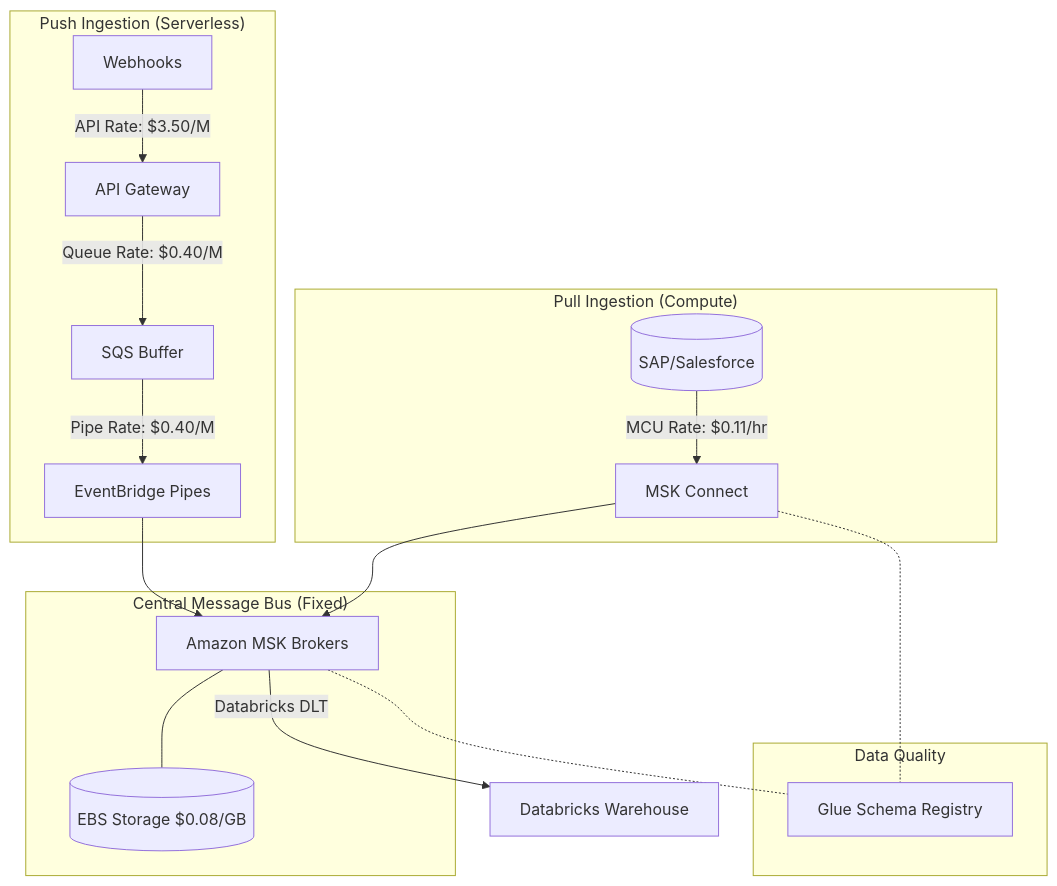
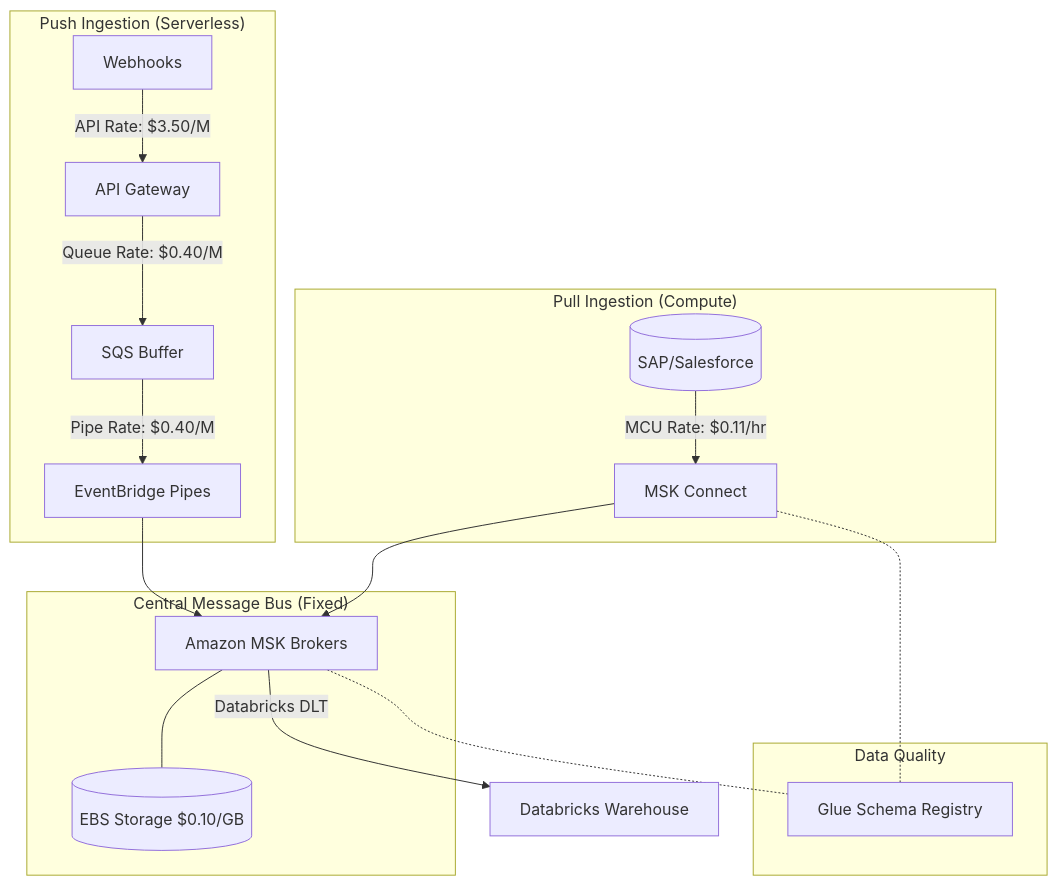
One commit to toanbui626391/data_architect changed the diagram in aws/msk_quantitative_architecture.md. Above: the diagram before and after it, drawn with Mermaid. The commit also changed other lines of this file and 1 other file, not shown here.

Commit message:
update msk quantitative

````diff
--- a/aws/msk_quantitative_architecture.md
+++ b/aws/msk_quantitative_architecture.md
@@ -200,26 +204,26 @@
 ```mermaid
 graph TD
     subgraph "Push Ingestion (Serverless)"
         WH[Webhooks] -->|API Rate: $3.50/M| API[API Gateway]
         API -->|Queue Rate: $0.40/M| SQS[SQS Buffer]
         SQS -->|Pipe Rate: $0.40/M| PIPE[EventBridge Pipes]
     end
 
     subgraph "Pull Ingestion (Compute)"
         DB[(SAP/Salesforce)] -->|MCU Rate: $0.11/hr| CONN[MSK Connect]
     end
 
     subgraph "Central Message Bus (Fixed)"
         PIPE --> MSK
         CONN --> MSK
         MSK[Amazon MSK Brokers]
-        MSK --- EBS[(EBS Storage $0.08/GB)]
+        MSK --- EBS[(EBS Storage $0.10/GB)]
     end
 
     subgraph "Data Quality"
         MSK -.- GLUE[Glue Schema Registry]
         CONN -.- GLUE
     end
 
     MSK -->|Databricks DLT| DBX[Databricks Warehouse]
 ```
````
